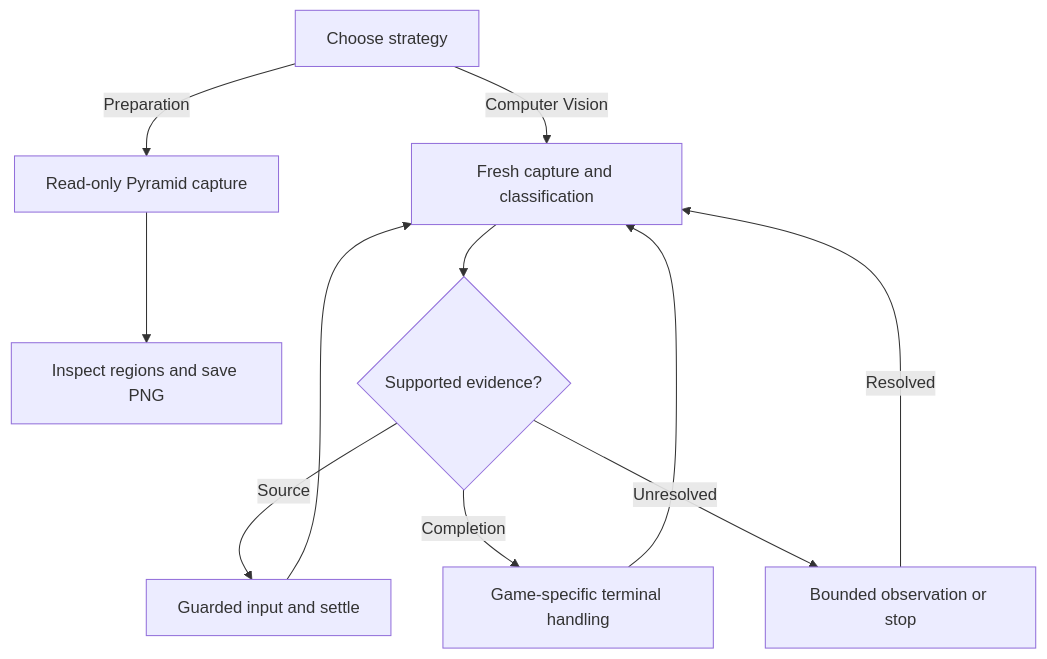
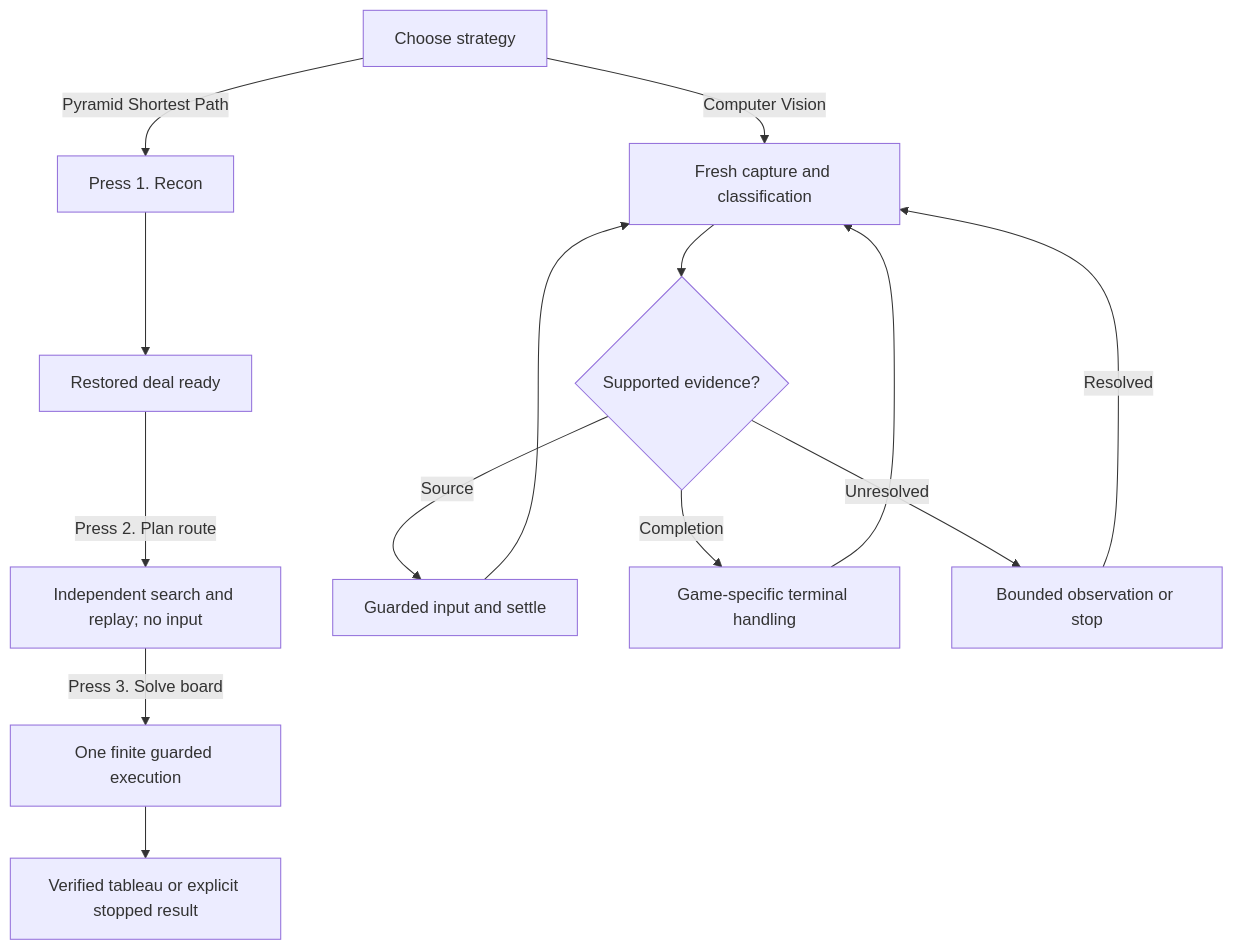
Before and after one commit to xSAR-research/qmp-qemu-socket: the diagram in README.md, drawn with Mermaid. The commit also changed other lines of this file and 421 other files, not shown here.

Commit message:
feat(pyramid): add guarded native workflows and diagnostics (2.9.133)

````diff
--- a/README.md
+++ b/README.md
@@ -47,13 +963,16 @@
 ```mermaid
 flowchart TD
-    A["Choose strategy"] -->|Preparation| B["Read-only Pyramid capture"]
-    B --> C["Inspect regions and save PNG"]
+    A["Choose strategy"] -->|Pyramid Shortest Path| B["Press 1. Recon"]
+    B --> C["Restored deal ready"]
+    C -->|Press 2. Plan route| P["Independent search and replay; no input"]
+    P -->|Press 3. Solve board| S["One finite guarded execution"]
+    S --> R["Verified tableau or explicit stopped result"]
     A -->|Computer Vision| D["Fresh capture and classification"]
     D --> E{"Supported evidence?"}
     E -->|Source| F["Guarded input and settle"]
     F --> D
     E -->|Completion| G["Game-specific terminal handling"]
     G --> D
     E -->|Unresolved| H["Bounded observation or stop"]
     H -->|Resolved| D
 ```
````
